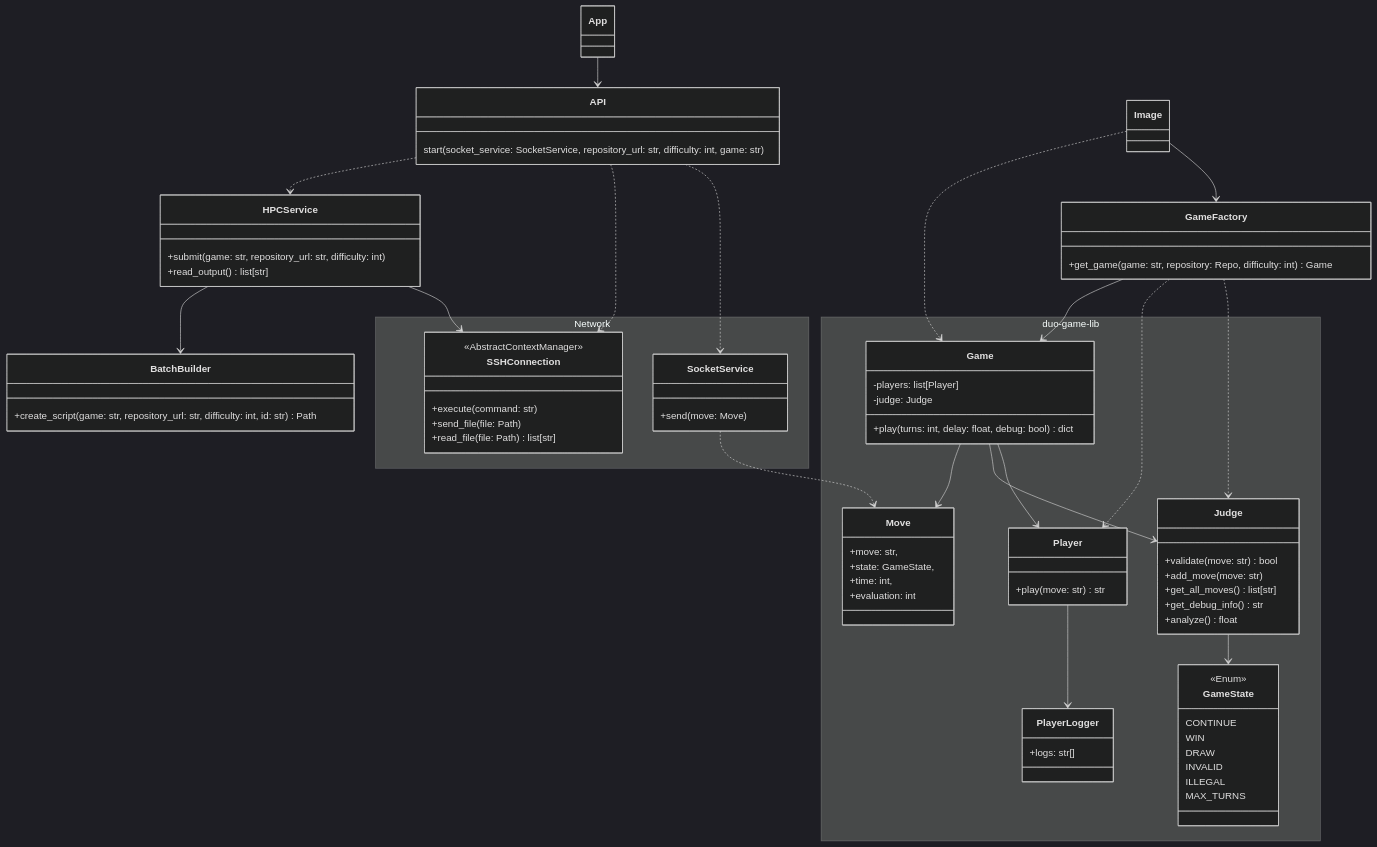
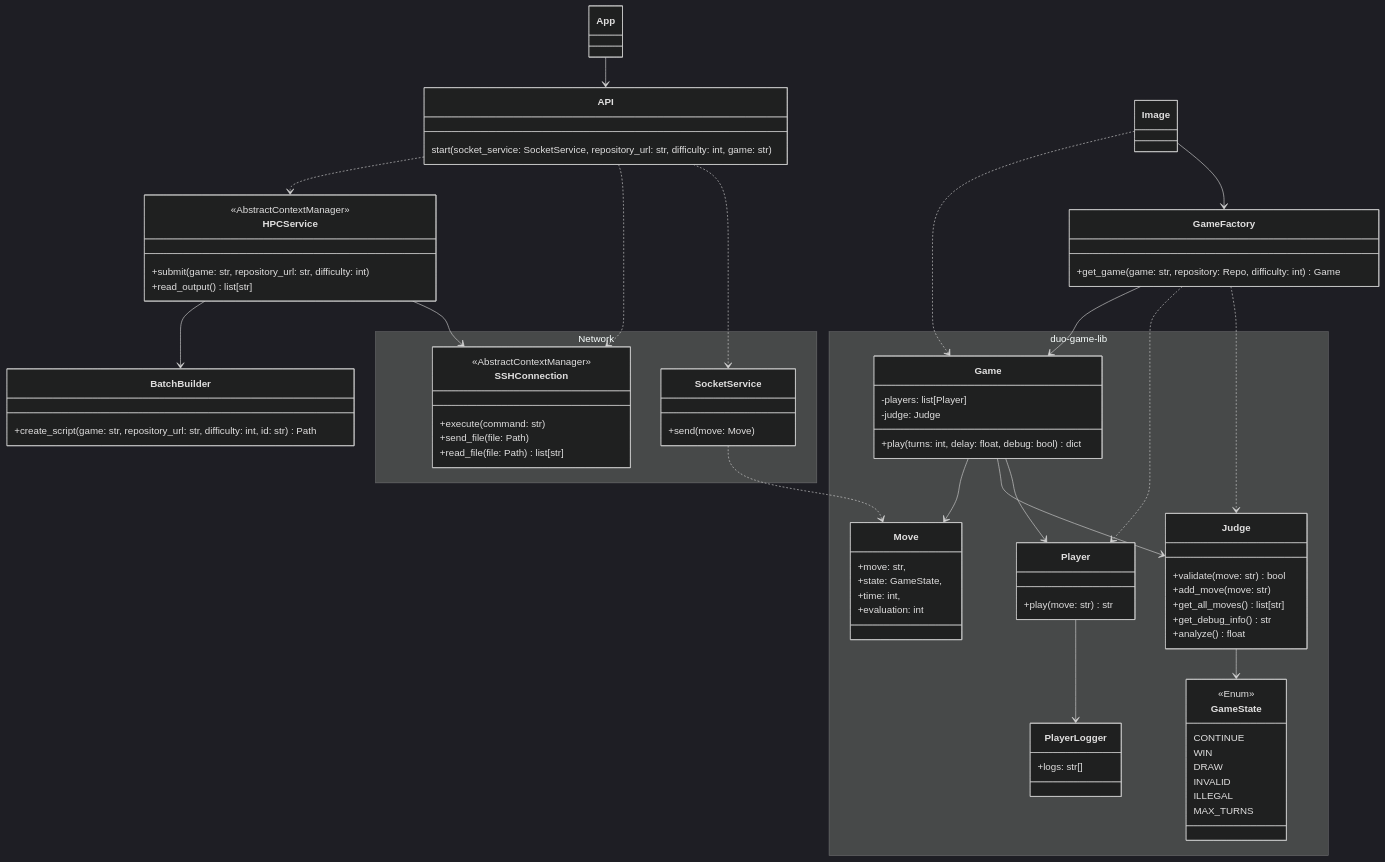
One commit to game-ai-platform-team/tira-ai-platform changed the third of 5 diagrams in docs/architecture.md. Above: the diagram before and after it, drawn with Mermaid (dark theme). The commit also changed other lines of this file, not shown here.

Commit message:
docs(#111): Update architecture

```diff
--- a/docs/architecture.md
+++ b/docs/architecture.md
@@ -153,6 +154,7 @@
 }
 
 class HPCService {
+    <<AbstractContextManager>>
     +submit(game: str, repository_url: str, difficulty: int)
     +read_output() list[str]
 }
```
